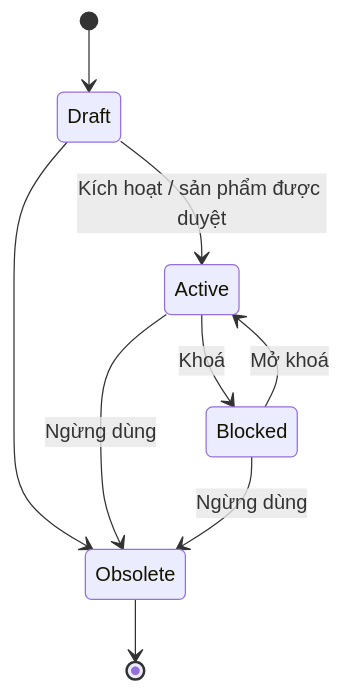
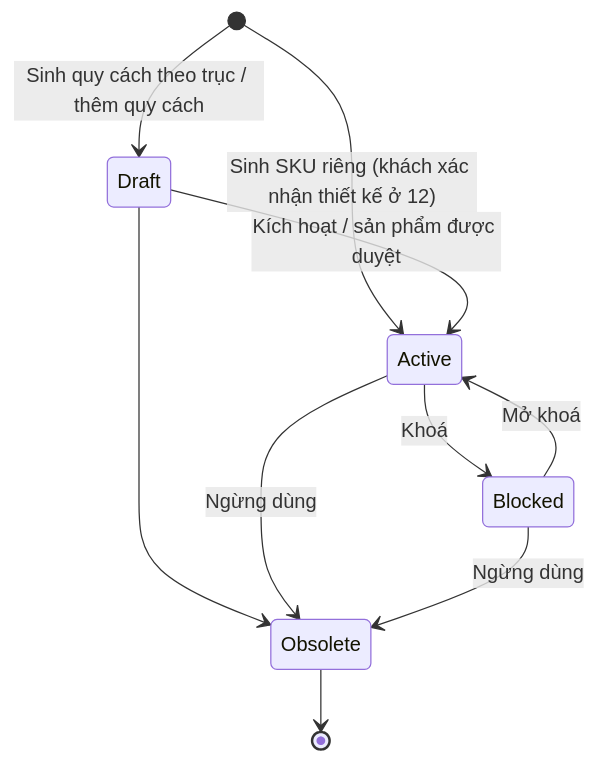
The second of 2 diagrams in docs/warehouse/01-product-creation/README.md (KLTN-FA26/docs), drawn with Mermaid before and after one commit. The commit also changed other lines of this file and 26 other files, not shown here.

````diff
--- a/docs/warehouse/01-product-creation/README.md
+++ b/docs/warehouse/01-product-creation/README.md
@@ -222,11 +257,12 @@
 ```mermaid
 stateDiagram-v2
-    [*] --> Draft
+    [*] --> Draft: Sinh quy cách theo trục / thêm quy cách
+    [*] --> Active: Sinh SKU riêng (khách xác nhận thiết kế ở 12)
     Draft --> Active: Kích hoạt / sản phẩm được duyệt
     Draft --> Obsolete
     Active --> Blocked: Khoá
     Blocked --> Active: Mở khoá
     Active --> Obsolete: Ngừng dùng
     Blocked --> Obsolete: Ngừng dùng
     Obsolete --> [*]
 ```
````
